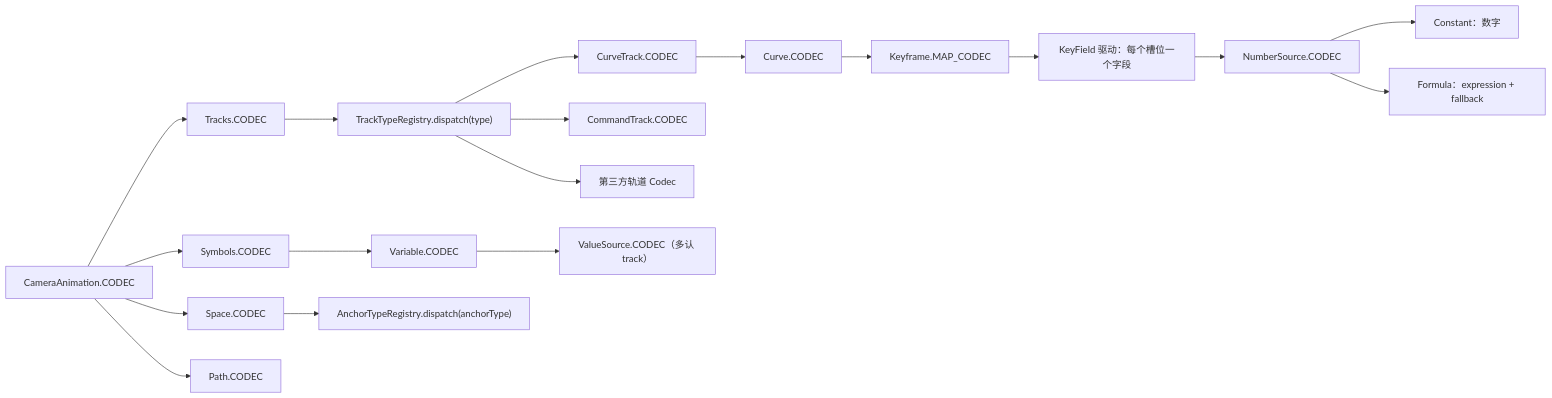
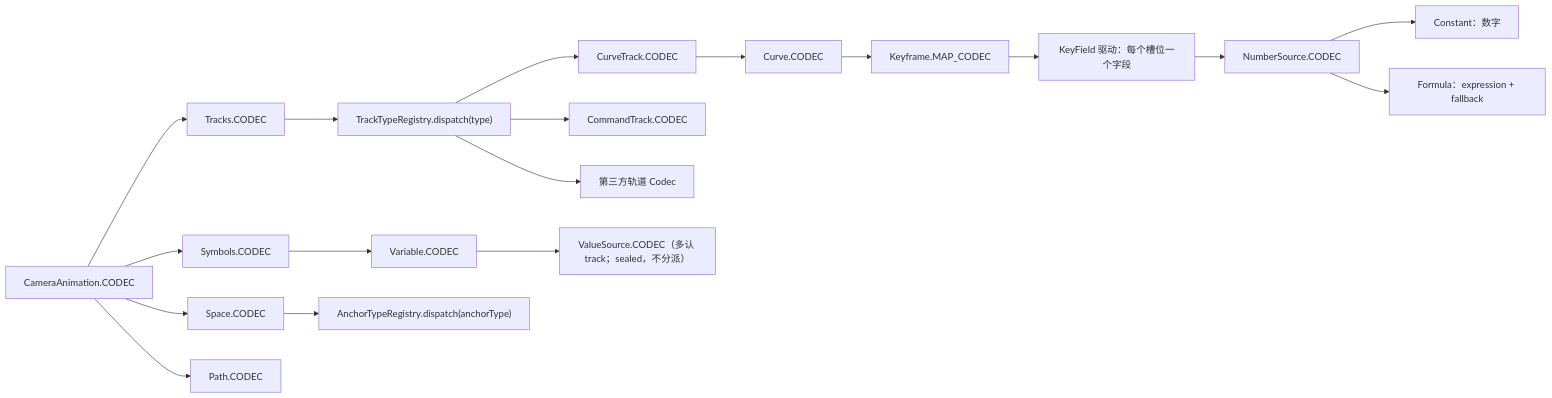
One commit to AnECanSaiTin/Free-Camera-Api-Tripod changed the fifth of 7 diagrams in docs/design-animation-editor-framework.md. Above: the diagram before and after it, drawn with Mermaid. The commit also changed other lines of this file and 1 other file, not shown here.

````diff
--- a/docs/design-animation-editor-framework.md
+++ b/docs/design-animation-editor-framework.md
@@ -681,20 +738,20 @@
 ```mermaid
 graph LR
     A["CameraAnimation.CODEC"] --> B["Space.CODEC"]
     A --> C["Tracks.CODEC"]
     A --> D["Symbols.CODEC"]
     A --> E["Path.CODEC"]
     C --> F["TrackTypeRegistry.dispatch(type)"]
     F --> G["CurveTrack.CODEC"]
     F --> H["CommandTrack.CODEC"]
     F --> I["第三方轨道 Codec"]
     G --> J["Curve.CODEC"]
     J --> K["Keyframe.MAP_CODEC"]
     K --> L["KeyField 驱动：每个槽位一个字段"]
     L --> M["NumberSource.CODEC"]
     M --> N["Constant：数字"]
     M --> O["Formula：expression + fallback"]
     D --> P["Variable.CODEC"]
-    P --> Q["ValueSource.CODEC（多认 track）"]
+    P --> Q["ValueSource.CODEC（多认 track；sealed，不分派）"]
     B --> R["AnchorTypeRegistry.dispatch(anchorType)"]
 ```
````
